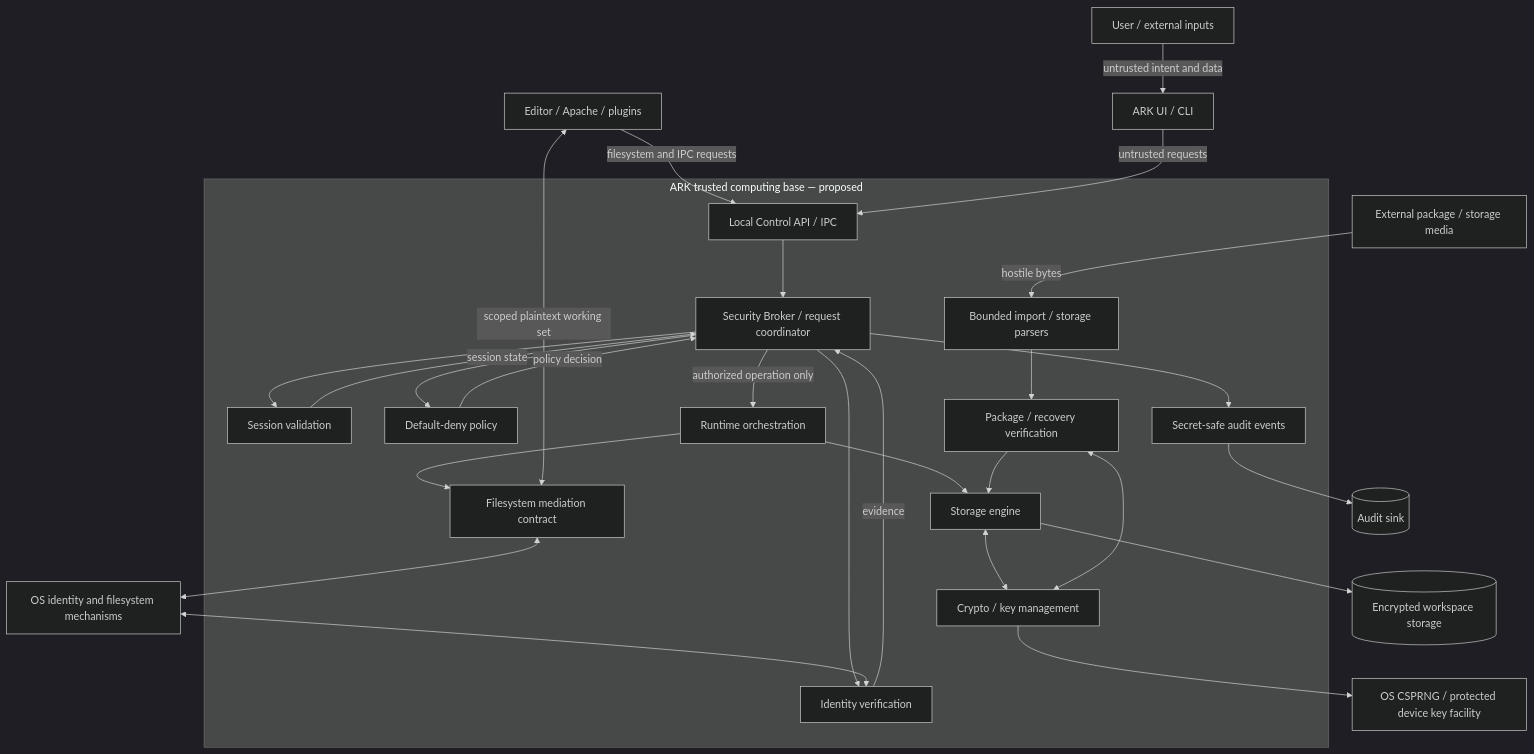
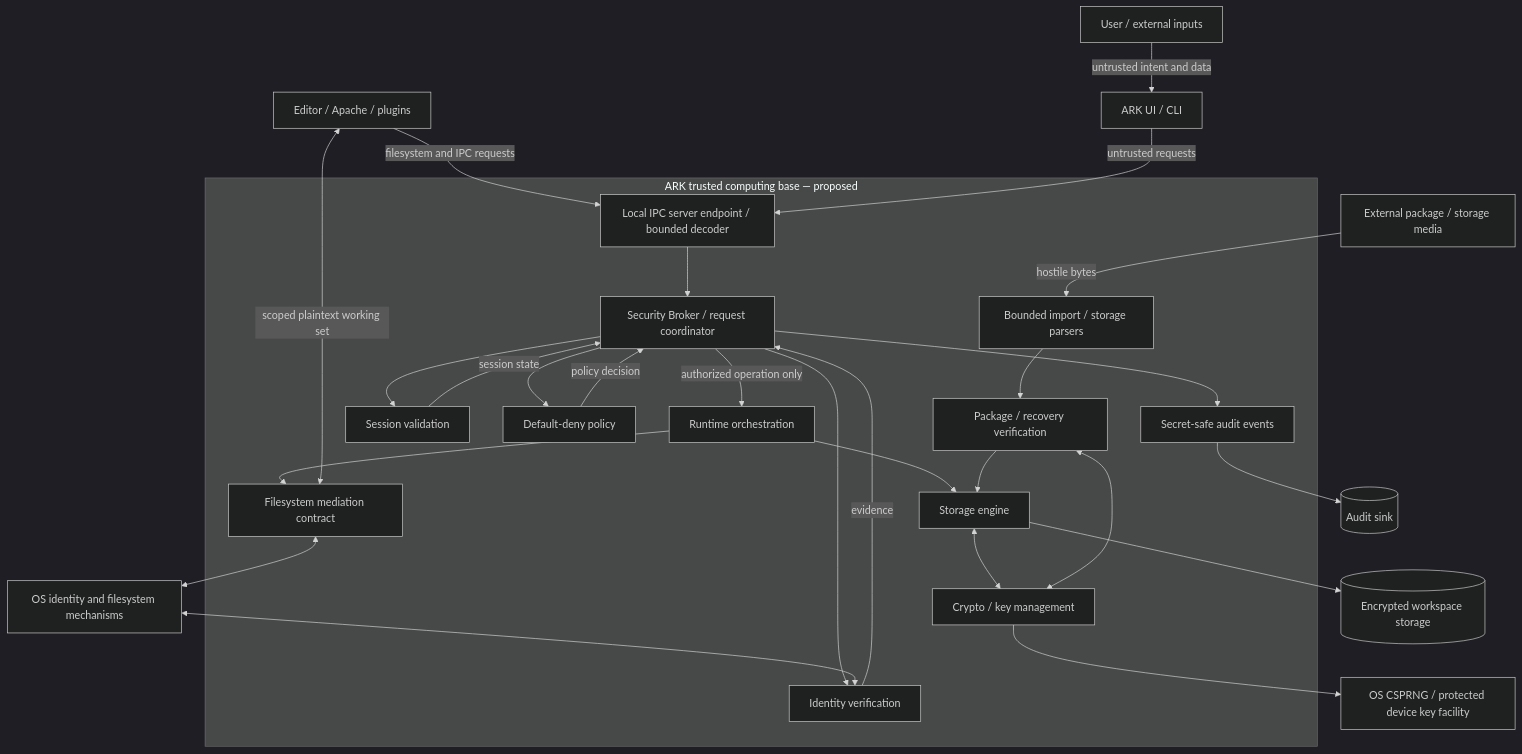
One commit to RhinoGuard/ARK changed the diagram in docs/security/SYSTEM_TRUST_BOUNDARIES.md. Above: the diagram before and after it, drawn with Mermaid (dark theme). The commit also changed other lines of this file, not shown here.

Commit message:
docs(security): clarify IPC and parser trust boundaries

````diff
--- a/docs/security/SYSTEM_TRUST_BOUNDARIES.md
+++ b/docs/security/SYSTEM_TRUST_BOUNDARIES.md
@@ -92,32 +93,32 @@
 ```mermaid
 flowchart TB
   U[User / external inputs] -->|untrusted intent and data| UI[ARK UI / CLI]
-  APP[Editor / Apache / plugins] -->|filesystem and IPC requests| IPC[Local Control API / IPC]
+  APP[Editor / Apache / plugins] -->|filesystem and IPC requests| IPC
   UI -->|untrusted requests| IPC
-  EXT[External package / storage media] -->|hostile bytes| PARSE[Bounded import / storage parsers]
+  EXT[External package / storage media] -->|hostile bytes| PARSE
 
   subgraph TCB[ARK trusted computing base — proposed]
-    IPC --> BR[Security Broker / request coordinator]
+    IPC[Local IPC server endpoint / bounded decoder] --> BR[Security Broker / request coordinator]
+    PARSE[Bounded import / storage parsers] --> PKG[Package / recovery verification]
     BR --> ID[Identity verification]
     BR --> SESS[Session validation]
     BR --> POL[Default-deny policy]
     ID -->|evidence| BR
     SESS -->|session state| BR
     POL -->|policy decision| BR
     BR -->|authorized operation only| RT[Runtime orchestration]
     RT --> FS[Filesystem mediation contract]
     BR --> AUD[Secret-safe audit events]
     RT --> ST[Storage engine]
     ST <--> CR[Crypto / key management]
-    PARSE --> PKG[Package / recovery verification]
     PKG <--> CR
     PKG --> ST
   end
 
   OS[OS identity and filesystem mechanisms] <--> ID
   FS <--> OS
   CR --> KEYS[OS CSPRNG / protected device key facility]
   ST --> DATA[(Encrypted workspace storage)]
   APP <-->|scoped plaintext working set| FS
   AUD --> LOG[(Audit sink)]
 ```
````
